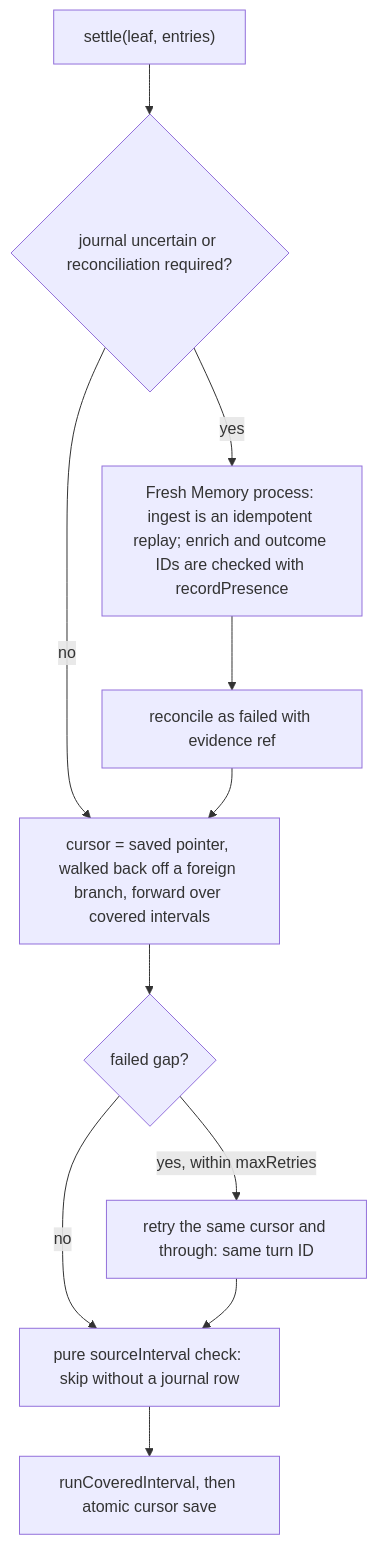
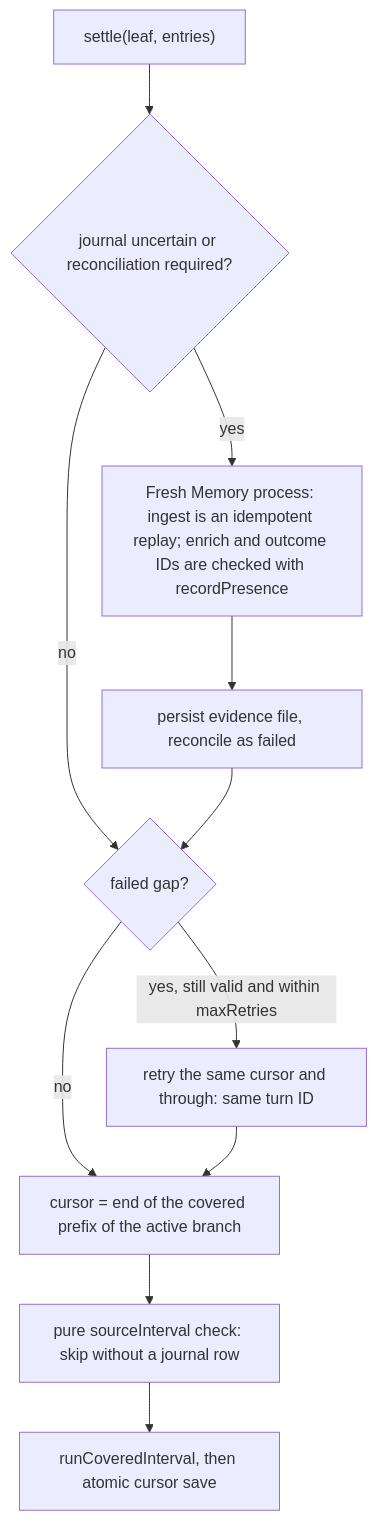
The second of 2 diagrams in docs/INTEGRATION.md (Token-Smelter/source-memory), drawn with Mermaid before and after one commit. The commit also changed other lines of this file and 9 other files, not shown here.

Commit message:
Resolve live cursors from the covered prefix and make lock takeover atomic

````diff
--- a/docs/INTEGRATION.md
+++ b/docs/INTEGRATION.md
@@ -71,13 +71,13 @@
 ```mermaid
 flowchart TD
     Settle["settle(leaf, entries)"] --> Rec{"journal uncertain or reconciliation required?"}
     Rec -->|"yes"| Ids["Fresh Memory process: ingest is an idempotent replay; enrich and outcome IDs are checked with recordPresence"]
-    Ids --> Gap["reconcile as failed with evidence ref"]
-    Rec -->|"no"| Resolve
-    Gap --> Resolve["cursor = saved pointer, walked back off a foreign branch, forward over covered intervals"]
-    Resolve --> Retry{"failed gap?"}
-    Retry -->|"yes, within maxRetries"| Same["retry the same cursor and through: same turn ID"]
-    Retry -->|"no"| Check["pure sourceInterval check: skip without a journal row"]
-    Same --> Check
+    Ids --> Gap["persist evidence file, reconcile as failed"]
+    Rec -->|"no"| Retry
+    Gap --> Retry{"failed gap?"}
+    Retry -->|"yes, still valid and within maxRetries"| Same["retry the same cursor and through: same turn ID"]
+    Retry -->|"no"| Resolve
+    Same --> Resolve["cursor = end of the covered prefix of the active branch"]
+    Resolve --> Check["pure sourceInterval check: skip without a journal row"]
     Check --> Run["runCoveredInterval, then atomic cursor save"]
 ```
````
